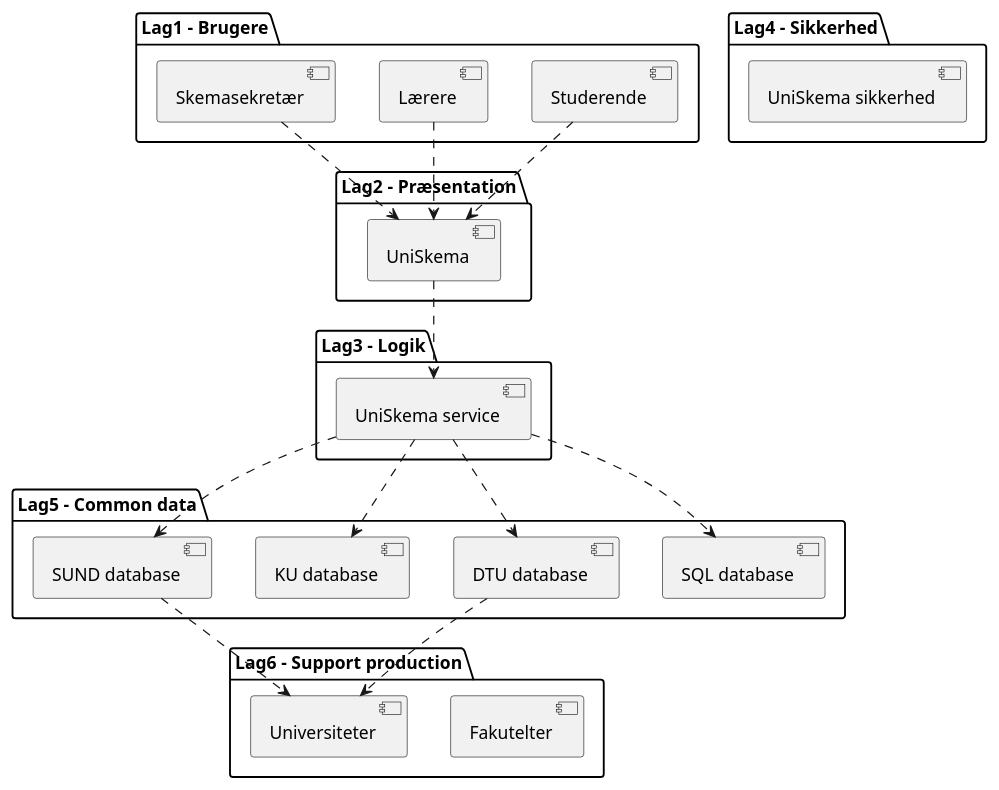
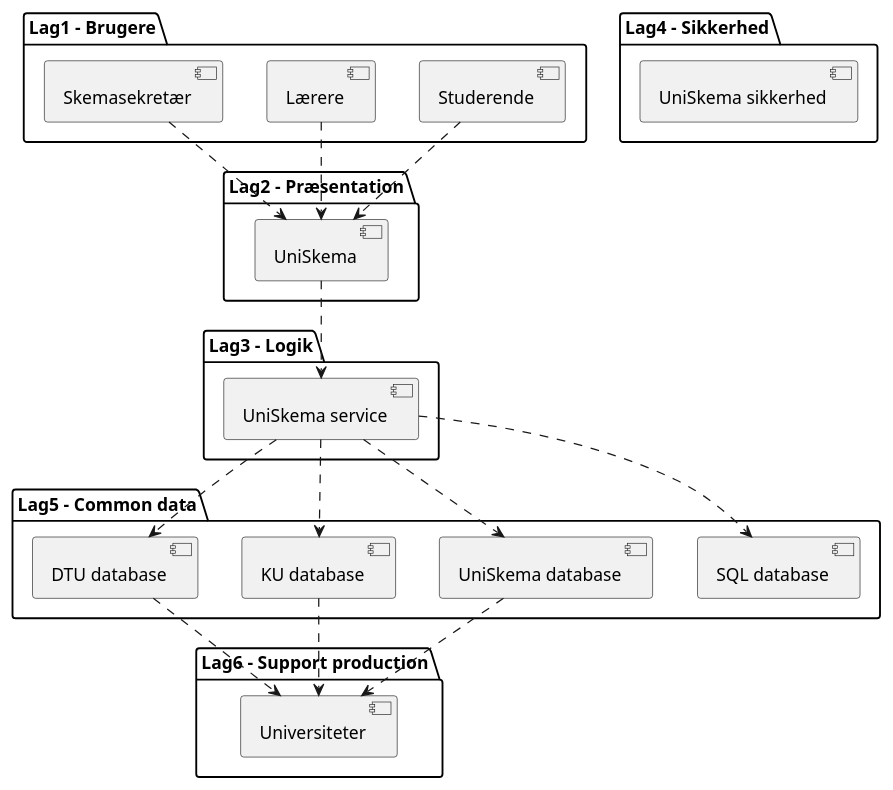
One commit to MadsSchroder/Systemudvikling-Eksamen-KU changed the diagram in Diagrams/arkitektur diagram.puml. Above: the diagram before and after it, drawn with PlantUML.

Commit message:
Arkitektur diagrem

```diff
--- a/Diagrams/arkitektur diagram.puml
+++ b/Diagrams/arkitektur diagram.puml
@@ -1,44 +1,44 @@
 @startuml
 package "Lag1 - Brugere" {
   [Studerende]
   [Lærere]
   [Skemasekretær]
 }
 
 package "Lag2 - Præsentation" {
   [UniSkema]
 }
 
 package "Lag3 - Logik" {
   [UniSkema service]
 }
 
 package "Lag4 - Sikkerhed" {
     [UniSkema sikkerhed]
 }
 
 package "Lag5 - Common data" {
     [SQL database]
+    [UniSkema database]
+    [KU database]
     [DTU database]
-    [KU database]
-    [SUND database]
 }
 
 package "Lag6 - Support production" {
-    [Fakutelter]
     [Universiteter]
 }
 
 [Studerende] ..> [UniSkema]
 [Skemasekretær] ..> [UniSkema]
 [Lærere] ..> [UniSkema]
 [UniSkema] ..> [UniSkema service]
 [UniSkema service] ..> [SQL database]
+[UniSkema service] ..> [UniSkema database]
+[UniSkema service] ..> [KU database]
 [UniSkema service] ..> [DTU database]
-[UniSkema service] ..> [KU database]
-[UniSkema service] ..> [SUND database]
 
+[UniSkema database] ..> [Universiteter]
+[KU database] ..> [Universiteter]
 [DTU database] ..> [Universiteter]
-[SUND database] ..> [Universiteter]
 
 @enduml
```
